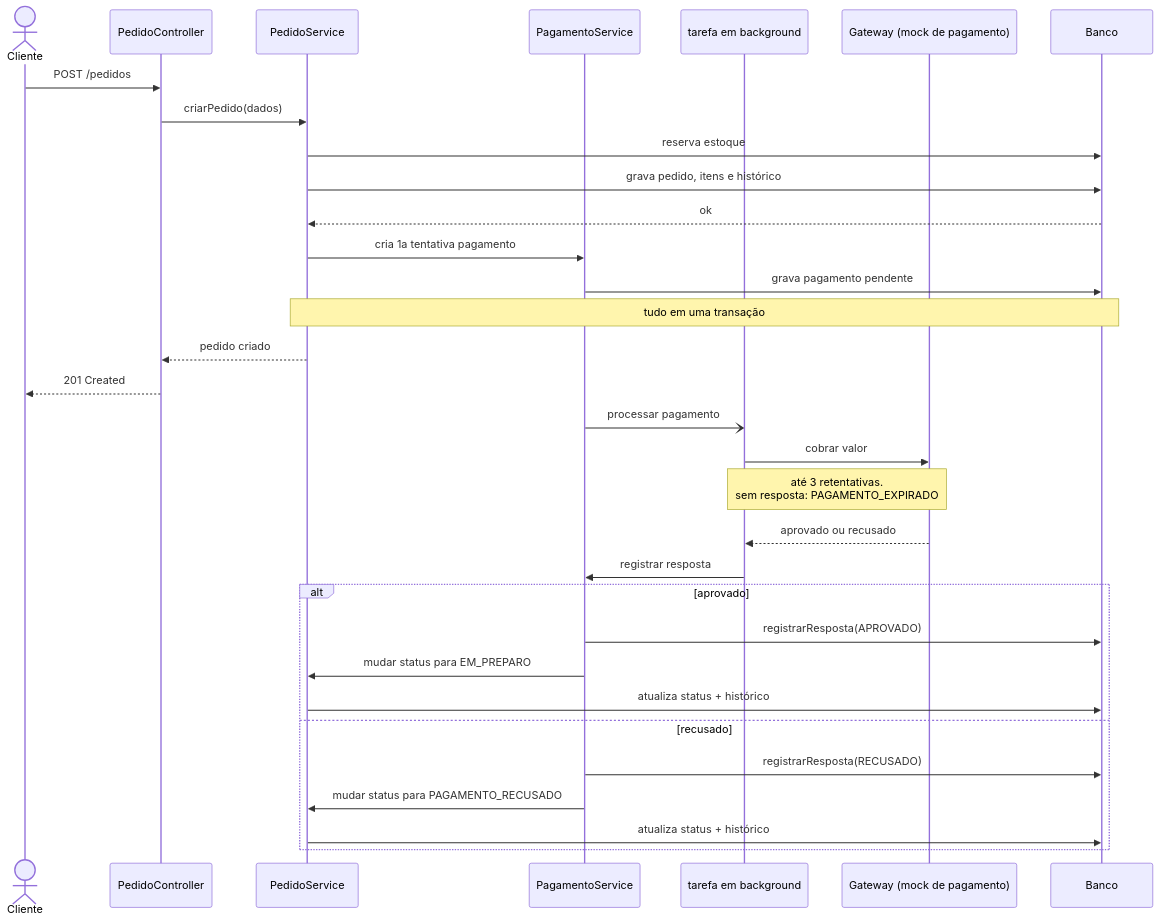
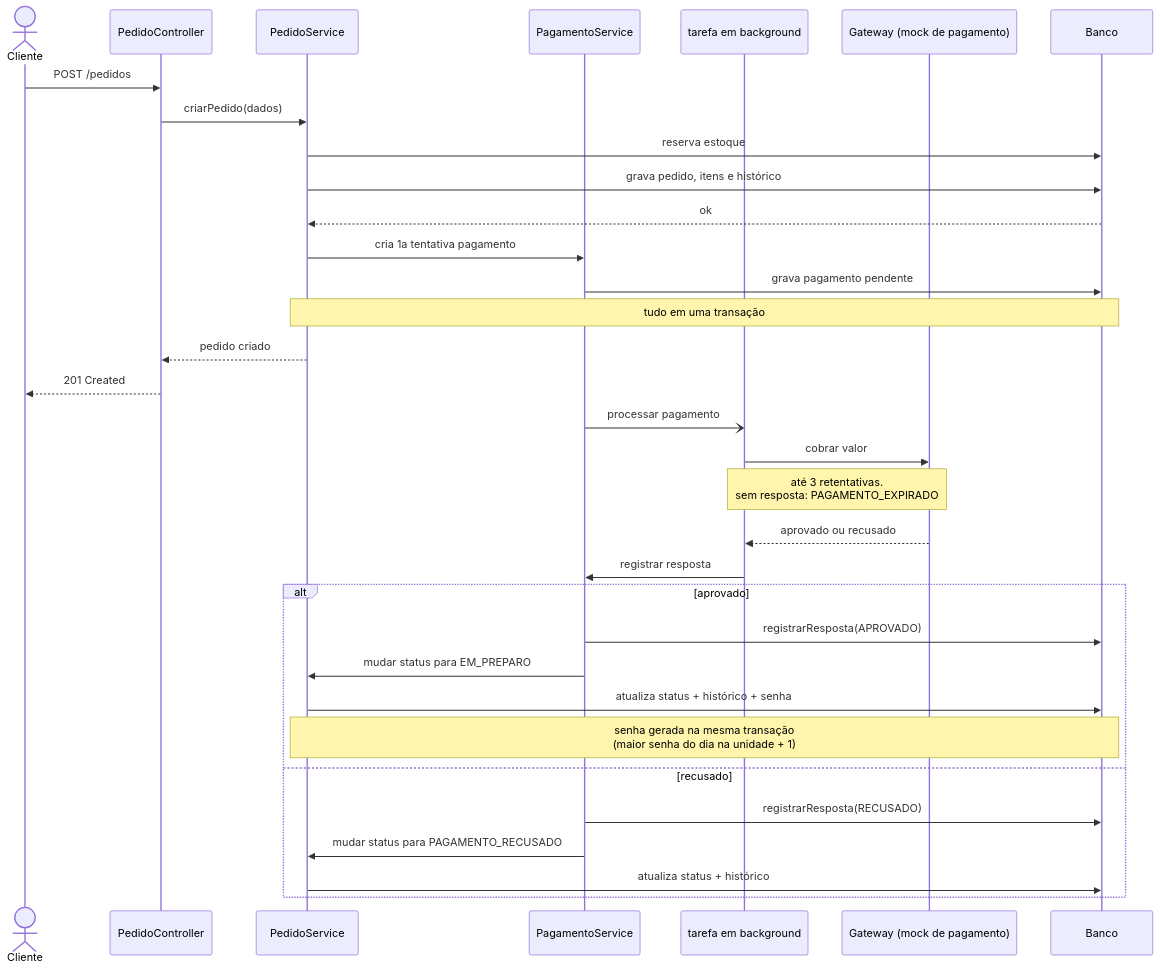
Before and after one commit to elvasthaisa/projeto-backend-raizes-do-nordeste: the diagram in docs/diagramas/diagrama-sequencia.md, drawn with Mermaid.

Commit message:
feat: :memo: Adiciona geração da senha no diagrama de sequência

````diff
--- a/docs/diagramas/diagrama-sequencia.md
+++ b/docs/diagramas/diagrama-sequencia.md
@@ -1,36 +1,37 @@
 ```mermaid
 sequenceDiagram
         actor Cliente
         participant PedAPI as PedidoController
         participant PedSvc as PedidoService
         participant PagSvc as PagamentoService
         participant TarBack as tarefa em background
         participant Gateway as Gateway (mock de pagamento)
         participant BD as Banco
 
         Cliente->>PedAPI: POST /pedidos
         PedAPI->>PedSvc: criarPedido(dados)
         PedSvc->>BD: reserva estoque
         PedSvc->>BD: grava pedido, itens e histórico
         BD-->>PedSvc: ok
         PedSvc->>PagSvc: cria 1a tentativa pagamento
         PagSvc->>BD: grava pagamento pendente
         Note over PedSvc,BD: tudo em uma transação
         PedSvc-->>PedAPI: pedido criado
         PedAPI-->>Cliente: 201 Created
         PagSvc-)TarBack: processar pagamento
         TarBack->>Gateway: cobrar valor
         Note over TarBack,Gateway: até 3 retentativas. <br>sem resposta: PAGAMENTO_EXPIRADO
         Gateway-->>TarBack: aprovado ou recusado
         TarBack->>PagSvc: registrar resposta
         
         alt aprovado
             PagSvc->>BD: registrarResposta(APROVADO)
             PagSvc->>PedSvc: mudar status para EM_PREPARO
-            PedSvc->>BD: atualiza status + histórico
+            PedSvc->>BD: atualiza status + histórico + senha
+            Note over PedSvc,BD: senha gerada na mesma transação <br>(maior senha do dia na unidade + 1)
         else recusado
             PagSvc->>BD: registrarResposta(RECUSADO)
             PagSvc->>PedSvc: mudar status para PAGAMENTO_RECUSADO
             PedSvc->>BD: atualiza status + histórico
         end
 ```
````
